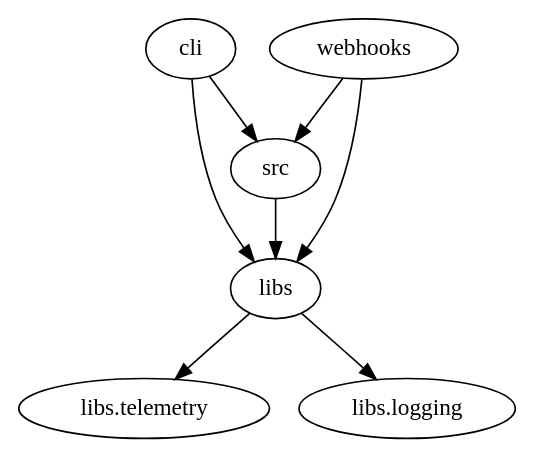
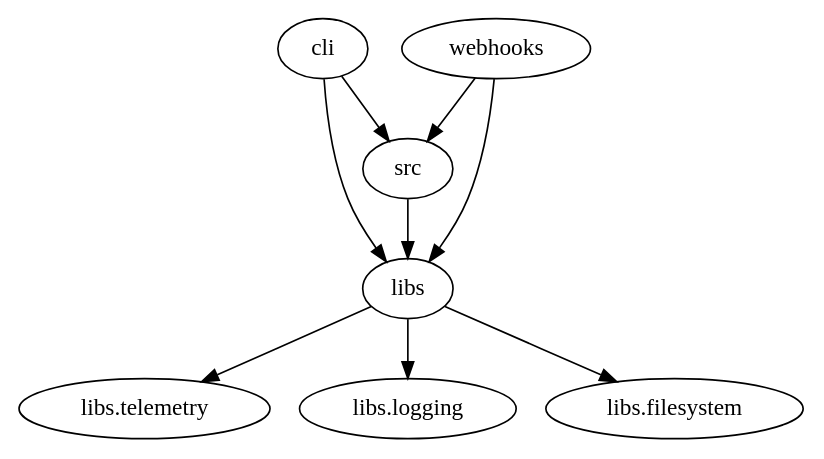
One commit to elviskahoro/gtm-sdk changed the diagram in tach_module_graph.dot. Above: the diagram before and after it, drawn with Graphviz.

Commit message:
refine: update tach module graph visualization
Regenerate tach_module_graph.dot to reflect the new explicit per-adapter
module boundaries. Shows cli -> src -> libs hierarchy with filesystem marked
as a utility module.

```diff
--- a/tach_module_graph.dot
+++ b/tach_module_graph.dot
@@ -1,15 +1,17 @@
 strict digraph {
 cli;
 src;
 libs;
 webhooks;
 "libs.telemetry";
 "libs.logging";
+"libs.filesystem";
 cli -> src;
 cli -> libs;
 src -> libs;
 libs -> "libs.telemetry";
 libs -> "libs.logging";
+libs -> "libs.filesystem";
+webhooks -> src;
 webhooks -> libs;
-webhooks -> src;
 }
```
